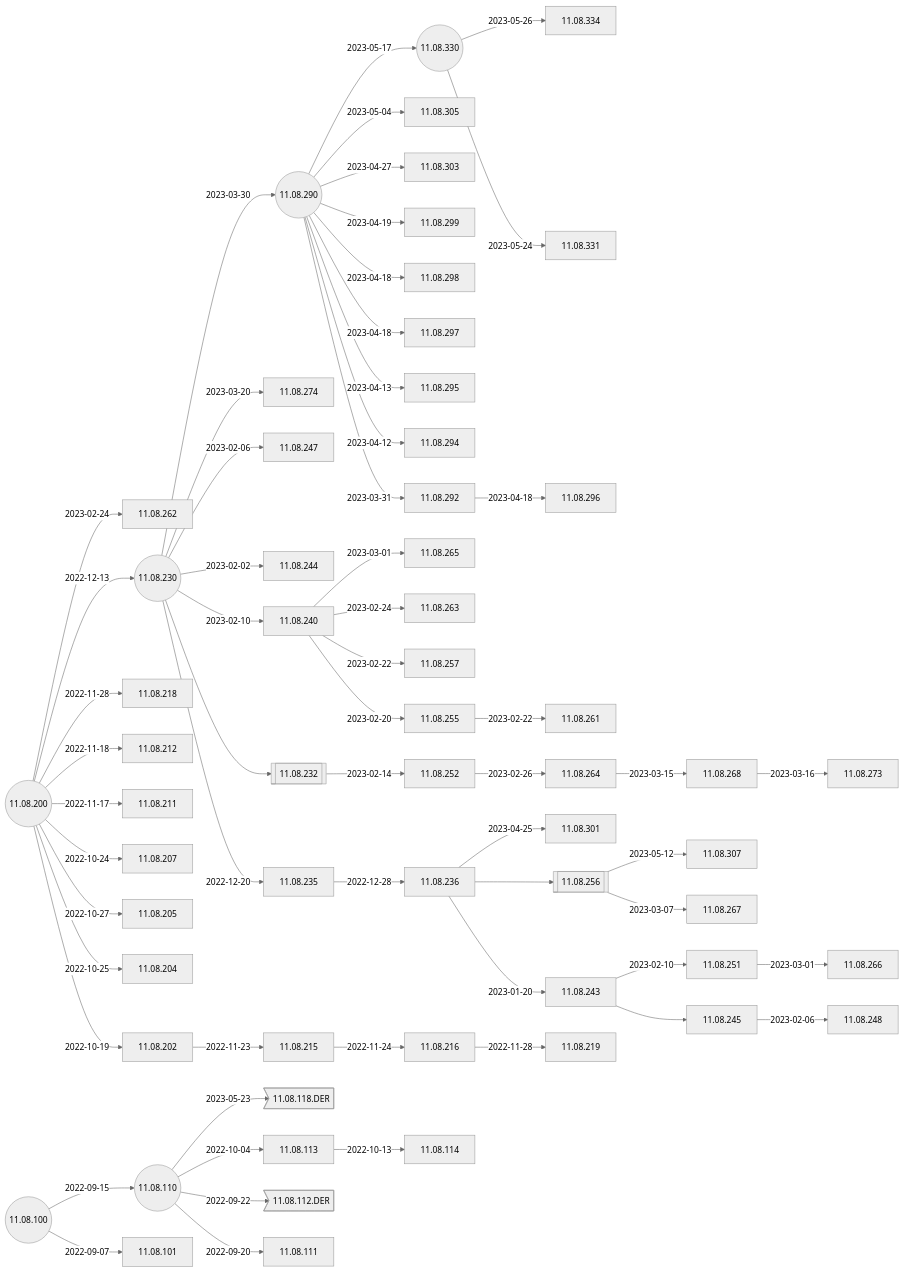
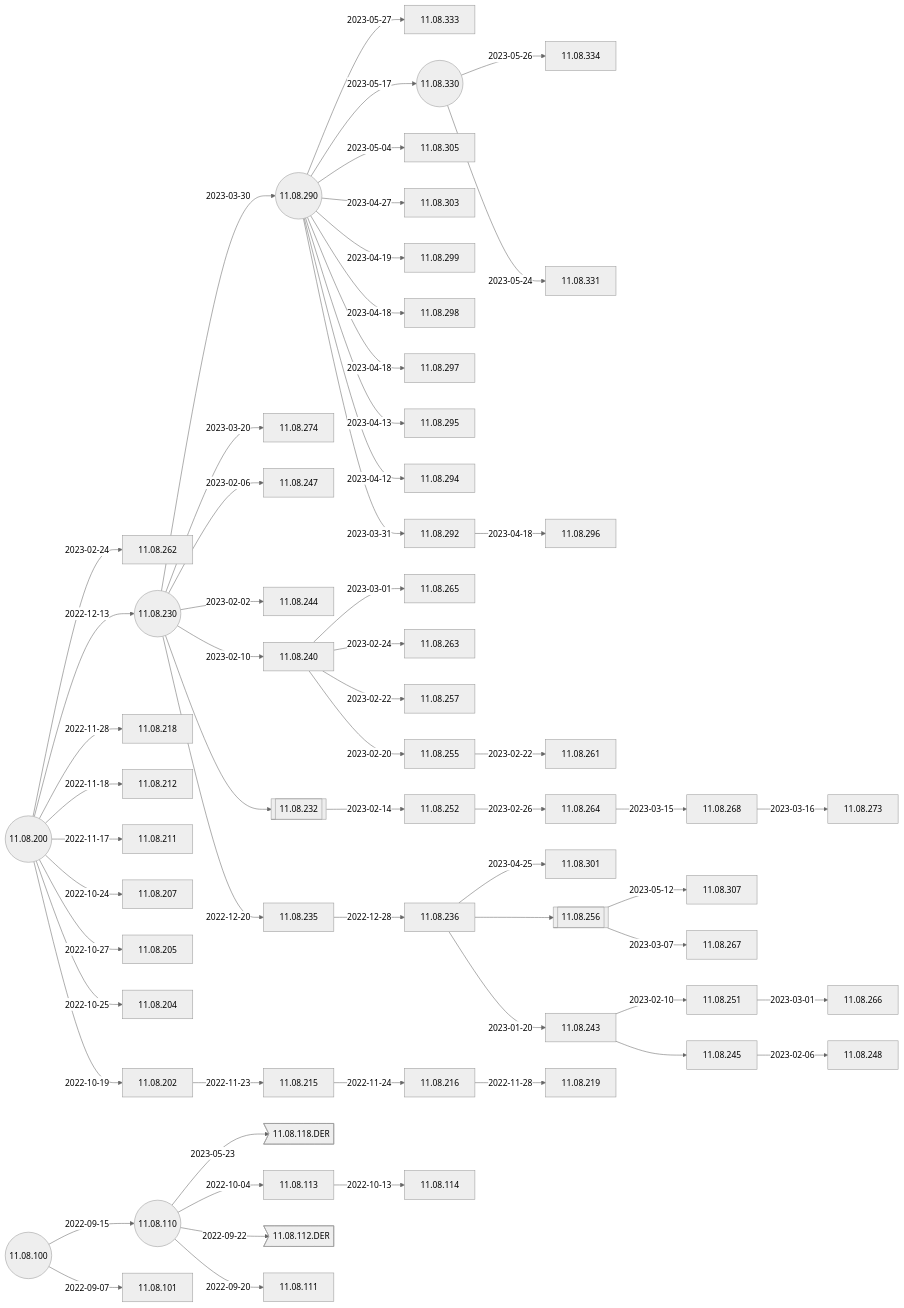
One commit to IGEL-Community/IGEL-Docs-v02 changed the second of 4 diagrams in docs/Docs/ReleaseNotes/01-OS11/README.md. Above: the diagram before and after it, drawn with Mermaid (neutral theme). The commit also changed 2 other files, not shown here.

Commit message:
11.08.333 <- 11.08.290

````diff
--- a/docs/Docs/ReleaseNotes/01-OS11/README.md
+++ b/docs/Docs/ReleaseNotes/01-OS11/README.md
@@ -39,5 +39,6 @@
 ```mermaid
 flowchart LR
+    11.08.290-- 2023-05-27 -->11.08.333
     11.08.330-- 2023-05-26 -->11.08.334
     11.08.330-- 2023-05-24 -->11.08.331
     11.08.110-- 2023-05-23 -->11.08.118.DER>11.08.118.DER]
````
